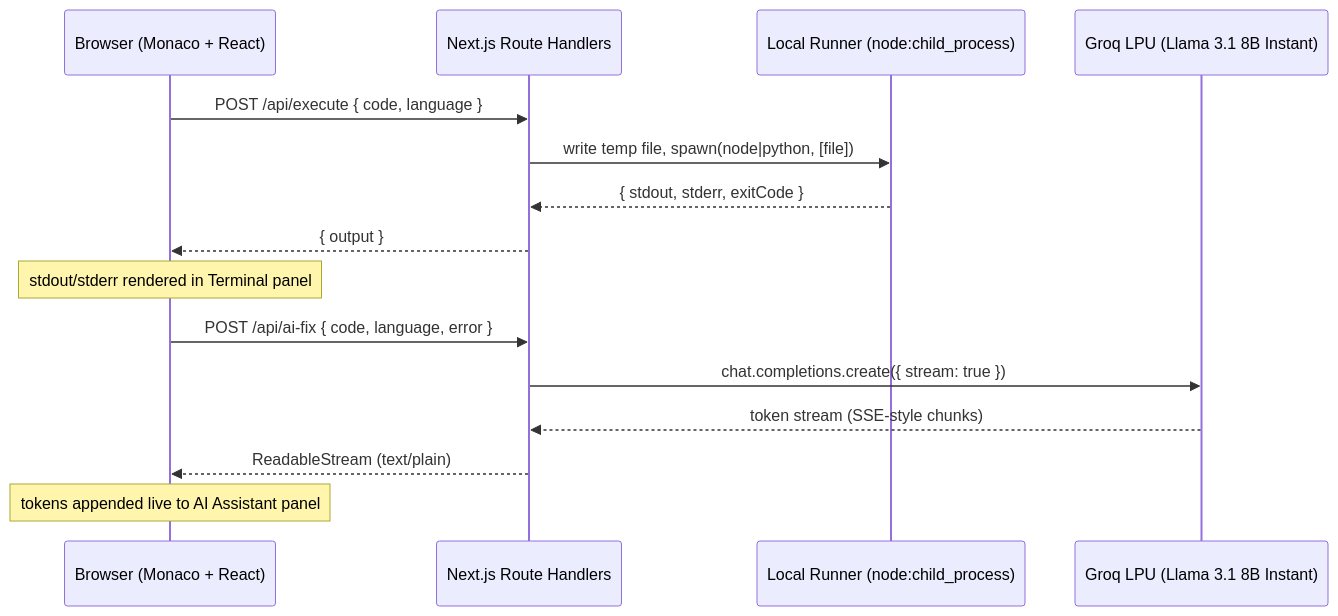
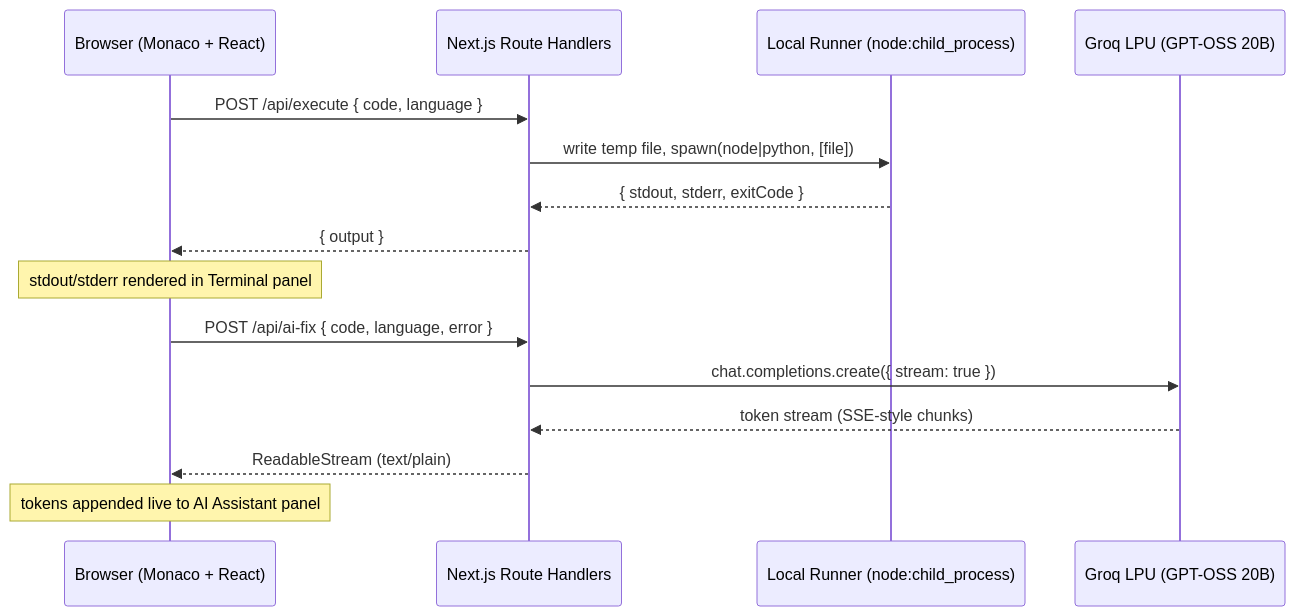
One commit to roobie001/HackRepl changed the diagram in README.md. Above: the diagram before and after it, drawn with Mermaid. The commit also changed other lines of this file and 2 other files, not shown here.

````diff
--- a/README.md
+++ b/README.md
@@ -33,19 +33,19 @@
 ```mermaid
 sequenceDiagram
     participant U as Browser (Monaco + React)
     participant N as Next.js Route Handlers
     participant L as Local Runner (node:child_process)
-    participant G as Groq LPU (Llama 3.1 8B Instant)
+    participant G as Groq LPU (GPT-OSS 20B)
 
     U->>N: POST /api/execute { code, language }
     N->>L: write temp file, spawn(node|python, [file])
     L-->>N: { stdout, stderr, exitCode }
     N-->>U: { output }
     Note over U: stdout/stderr rendered in Terminal panel
 
     U->>N: POST /api/ai-fix { code, language, error }
     N->>G: chat.completions.create({ stream: true })
     G-->>N: token stream (SSE-style chunks)
     N-->>U: ReadableStream (text/plain)
     Note over U: tokens appended live to AI Assistant panel
 ```
````
